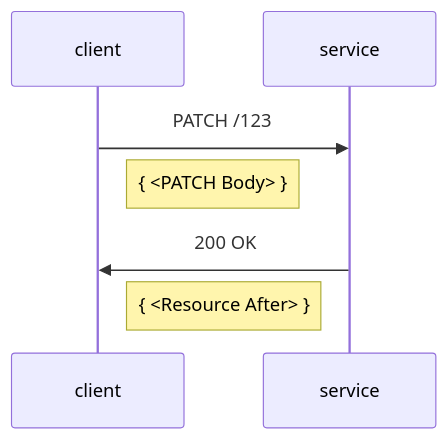
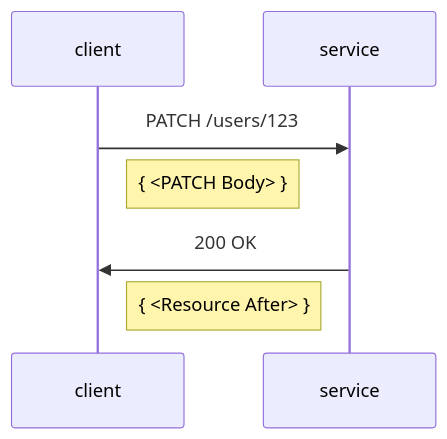
Before and after one commit to annelo-msft/gists: the diagram in patch-models/samples.md, drawn with Mermaid.

````diff
--- a/patch-models/samples.md
+++ b/patch-models/samples.md
@@ -73,7 +73,7 @@
 ```mermaid
 sequenceDiagram
-    client->>service: PATCH /123
+    client->>service: PATCH /users/123
     Note right of client: { <PATCH Body> }
     service->>client: 200 OK
     Note left of service: { <Resource After> }
 ```
````
